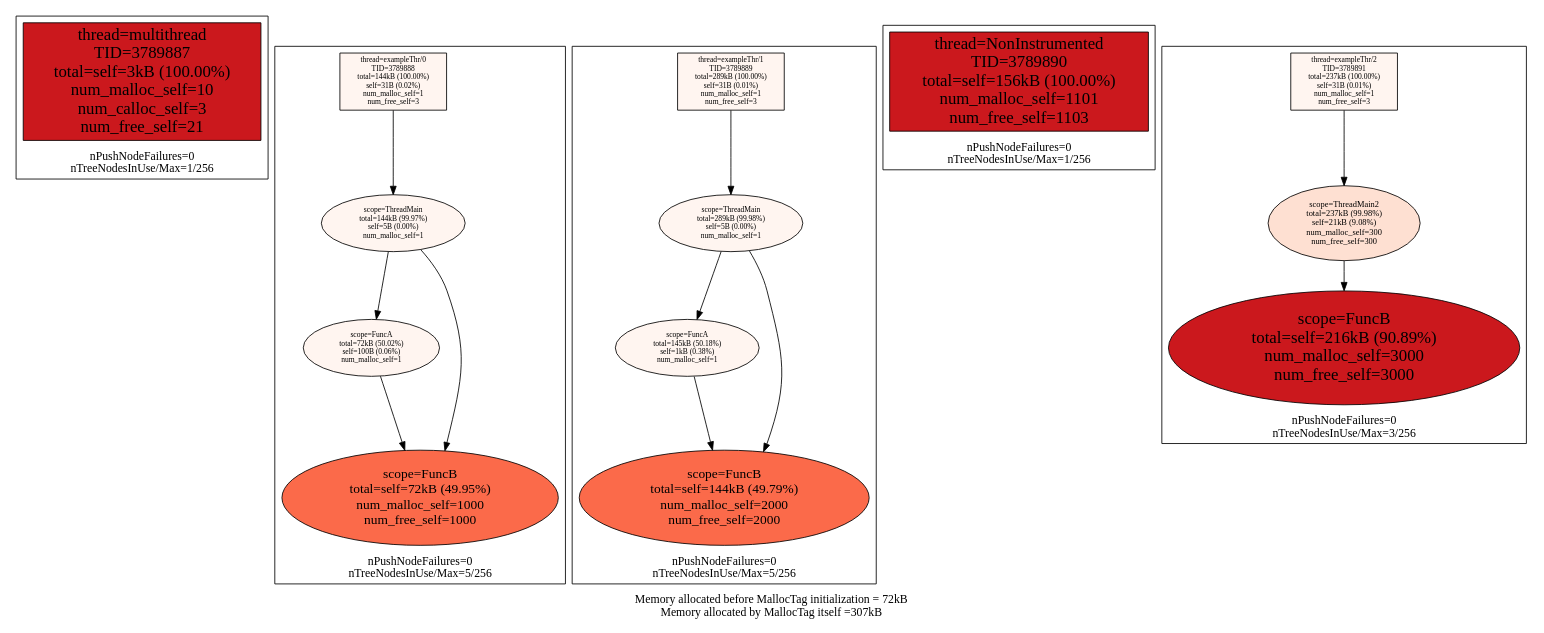
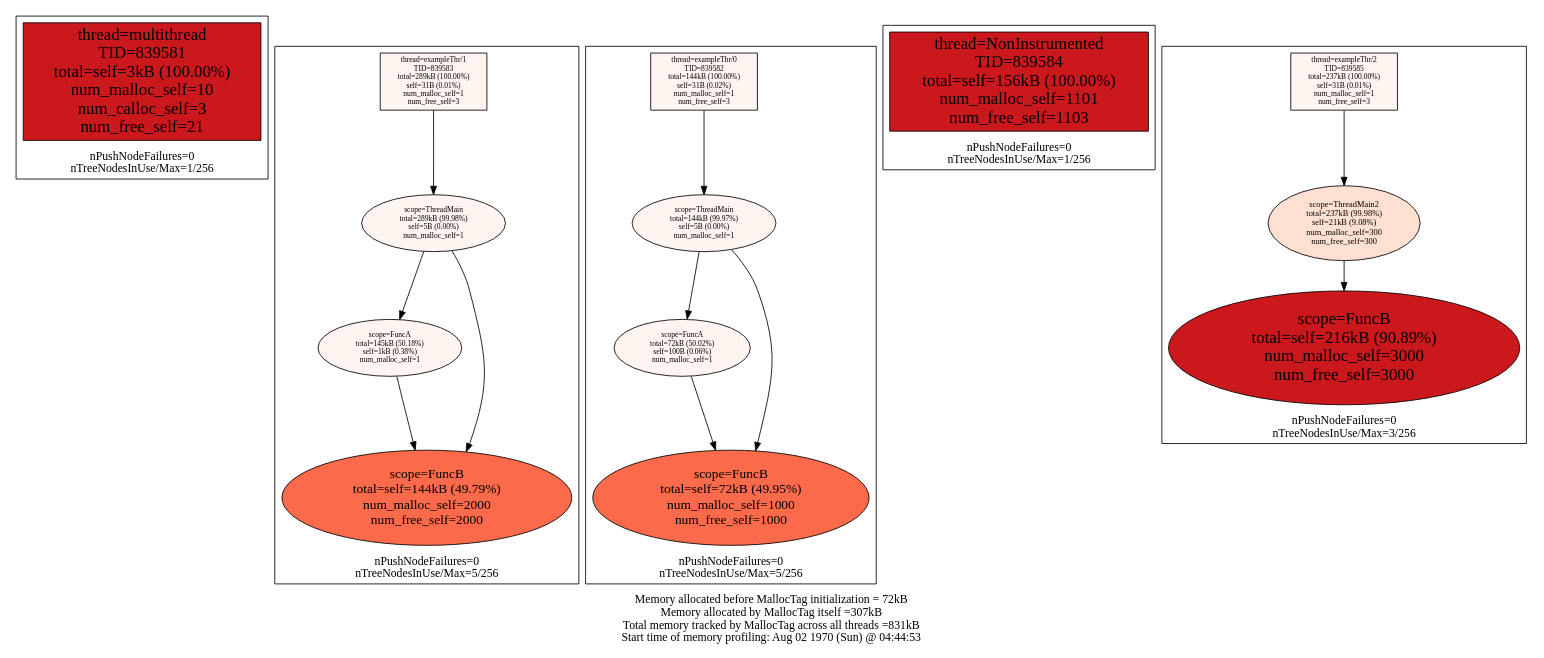
Before and after one commit to f18m/malloc-tag: the diagram in examples/multithread/multithread_stats.dot, drawn with Graphviz. The commit also changed 11 other files, not shown here.

Commit message:
Add profiling start timestamp

```diff
--- a/examples/multithread/multithread_stats.dot
+++ b/examples/multithread/multithread_stats.dot
@@ -1,60 +1,60 @@
 digraph MallocTree {
-node [colorscheme=reds9 style=filled]
-labelloc="b"
-label="Memory allocated before MallocTag initialization = 72kB\nMemory allocated by MallocTag itself =307kB\n"
-subgraph cluster_TID3789887 {
-node [colorscheme=reds9 style=filled]
-labelloc="b"
-label="nPushNodeFailures=0\nnTreeNodesInUse/Max=1/256\n"
-"3789887_multithread" [label="thread=multithread\nTID=3789887\ntotal=self=3kB (100.00%)\nnum_malloc_self=10\nnum_calloc_self=3\nnum_free_self=21" shape=box fillcolor=7 fontsize=20]
+ node [colorscheme=reds9 style=filled]
+ subgraph cluster_TID839581 {
+  node [colorscheme=reds9 style=filled]
+  labelloc="b"
+  label="nPushNodeFailures=0\nnTreeNodesInUse/Max=1/256\n"
+  "839581_multithread" [label="thread=multithread\nTID=839581\ntotal=self=3kB (100.00%)\nnum_malloc_self=10\nnum_calloc_self=3\nnum_free_self=21" shape=box fillcolor=7 fontsize=20]
+ }
+
+ subgraph cluster_TID839583 {
+  node [colorscheme=reds9 style=filled]
+  labelloc="b"
+  label="nPushNodeFailures=0\nnTreeNodesInUse/Max=5/256\n"
+  "839583_exampleThr/1" [label="thread=exampleThr/1\nTID=839583\ntotal=289kB (100.00%)\nself=31B (0.01%)\nnum_malloc_self=1\nnum_free_self=3" shape=box fillcolor=1 fontsize=9]
+  "839583_exampleThr/1" -> "839583_ThreadMain"
+  "839583_ThreadMain" [label="scope=ThreadMain\ntotal=289kB (99.98%)\nself=5B (0.00%)\nnum_malloc_self=1" fillcolor=1 fontsize=9]
+  "839583_ThreadMain" -> "839583_FuncA"
+  "839583_ThreadMain" -> "839583_FuncB"
+  "839583_FuncA" [label="scope=FuncA\ntotal=145kB (50.18%)\nself=1kB (0.38%)\nnum_malloc_self=1" fillcolor=1 fontsize=9]
+  "839583_FuncA" -> "839583_FuncB"
+  "839583_FuncB" [label="scope=FuncB\ntotal=self=144kB (49.79%)\nnum_malloc_self=2000\nnum_free_self=2000" fillcolor=5 fontsize=16]
+  "839583_FuncB" [label="scope=FuncB\ntotal=self=144kB (49.79%)\nnum_malloc_self=2000\nnum_free_self=2000" fillcolor=5 fontsize=16]
+ }
+
+ subgraph cluster_TID839582 {
+  node [colorscheme=reds9 style=filled]
+  labelloc="b"
+  label="nPushNodeFailures=0\nnTreeNodesInUse/Max=5/256\n"
+  "839582_exampleThr/0" [label="thread=exampleThr/0\nTID=839582\ntotal=144kB (100.00%)\nself=31B (0.02%)\nnum_malloc_self=1\nnum_free_self=3" shape=box fillcolor=1 fontsize=9]
+  "839582_exampleThr/0" -> "839582_ThreadMain"
+  "839582_ThreadMain" [label="scope=ThreadMain\ntotal=144kB (99.97%)\nself=5B (0.00%)\nnum_malloc_self=1" fillcolor=1 fontsize=9]
+  "839582_ThreadMain" -> "839582_FuncA"
+  "839582_ThreadMain" -> "839582_FuncB"
+  "839582_FuncA" [label="scope=FuncA\ntotal=72kB (50.02%)\nself=100B (0.06%)\nnum_malloc_self=1" fillcolor=1 fontsize=9]
+  "839582_FuncA" -> "839582_FuncB"
+  "839582_FuncB" [label="scope=FuncB\ntotal=self=72kB (49.95%)\nnum_malloc_self=1000\nnum_free_self=1000" fillcolor=5 fontsize=16]
+  "839582_FuncB" [label="scope=FuncB\ntotal=self=72kB (49.95%)\nnum_malloc_self=1000\nnum_free_self=1000" fillcolor=5 fontsize=16]
+ }
+
+ subgraph cluster_TID839584 {
+  node [colorscheme=reds9 style=filled]
+  labelloc="b"
+  label="nPushNodeFailures=0\nnTreeNodesInUse/Max=1/256\n"
+  "839584_NonInstrumented" [label="thread=NonInstrumented\nTID=839584\ntotal=self=156kB (100.00%)\nnum_malloc_self=1101\nnum_free_self=1103" shape=box fillcolor=7 fontsize=20]
+ }
+
+ subgraph cluster_TID839585 {
+  node [colorscheme=reds9 style=filled]
+  labelloc="b"
+  label="nPushNodeFailures=0\nnTreeNodesInUse/Max=3/256\n"
+  "839585_exampleThr/2" [label="thread=exampleThr/2\nTID=839585\ntotal=237kB (100.00%)\nself=31B (0.01%)\nnum_malloc_self=1\nnum_free_self=3" shape=box fillcolor=1 fontsize=9]
+  "839585_exampleThr/2" -> "839585_ThreadMain2"
+  "839585_ThreadMain2" [label="scope=ThreadMain2\ntotal=237kB (99.98%)\nself=21kB (9.08%)\nnum_malloc_self=300\nnum_free_self=300" fillcolor=2 fontsize=10]
+  "839585_ThreadMain2" -> "839585_FuncB"
+  "839585_FuncB" [label="scope=FuncB\ntotal=self=216kB (90.89%)\nnum_malloc_self=3000\nnum_free_self=3000" fillcolor=7 fontsize=20]
+ }
+
+ labelloc="b"
+ label="Memory allocated before MallocTag initialization = 72kB\nMemory allocated by MallocTag itself =307kB\nTotal memory tracked by MallocTag across all threads =831kB\nStart time of memory profiling: Aug 02 1970 (Sun) @ 04:44:53\n"
 }
-
-subgraph cluster_TID3789888 {
-node [colorscheme=reds9 style=filled]
-labelloc="b"
-label="nPushNodeFailures=0\nnTreeNodesInUse/Max=5/256\n"
-"3789888_exampleThr/0" [label="thread=exampleThr/0\nTID=3789888\ntotal=144kB (100.00%)\nself=31B (0.02%)\nnum_malloc_self=1\nnum_free_self=3" shape=box fillcolor=1 fontsize=9]
-"3789888_exampleThr/0" -> "3789888_ThreadMain"
-"3789888_ThreadMain" [label="scope=ThreadMain\ntotal=144kB (99.97%)\nself=5B (0.00%)\nnum_malloc_self=1" fillcolor=1 fontsize=9]
-"3789888_ThreadMain" -> "3789888_FuncA"
-"3789888_ThreadMain" -> "3789888_FuncB"
-"3789888_FuncA" [label="scope=FuncA\ntotal=72kB (50.02%)\nself=100B (0.06%)\nnum_malloc_self=1" fillcolor=1 fontsize=9]
-"3789888_FuncA" -> "3789888_FuncB"
-"3789888_FuncB" [label="scope=FuncB\ntotal=self=72kB (49.95%)\nnum_malloc_self=1000\nnum_free_self=1000" fillcolor=5 fontsize=16]
-"3789888_FuncB" [label="scope=FuncB\ntotal=self=72kB (49.95%)\nnum_malloc_self=1000\nnum_free_self=1000" fillcolor=5 fontsize=16]
-}
-
-subgraph cluster_TID3789889 {
-node [colorscheme=reds9 style=filled]
-labelloc="b"
-label="nPushNodeFailures=0\nnTreeNodesInUse/Max=5/256\n"
-"3789889_exampleThr/1" [label="thread=exampleThr/1\nTID=3789889\ntotal=289kB (100.00%)\nself=31B (0.01%)\nnum_malloc_self=1\nnum_free_self=3" shape=box fillcolor=1 fontsize=9]
-"3789889_exampleThr/1" -> "3789889_ThreadMain"
-"3789889_ThreadMain" [label="scope=ThreadMain\ntotal=289kB (99.98%)\nself=5B (0.00%)\nnum_malloc_self=1" fillcolor=1 fontsize=9]
-"3789889_ThreadMain" -> "3789889_FuncA"
-"3789889_ThreadMain" -> "3789889_FuncB"
-"3789889_FuncA" [label="scope=FuncA\ntotal=145kB (50.18%)\nself=1kB (0.38%)\nnum_malloc_self=1" fillcolor=1 fontsize=9]
-"3789889_FuncA" -> "3789889_FuncB"
-"3789889_FuncB" [label="scope=FuncB\ntotal=self=144kB (49.79%)\nnum_malloc_self=2000\nnum_free_self=2000" fillcolor=5 fontsize=16]
-"3789889_FuncB" [label="scope=FuncB\ntotal=self=144kB (49.79%)\nnum_malloc_self=2000\nnum_free_self=2000" fillcolor=5 fontsize=16]
-}
-
-subgraph cluster_TID3789890 {
-node [colorscheme=reds9 style=filled]
-labelloc="b"
-label="nPushNodeFailures=0\nnTreeNodesInUse/Max=1/256\n"
-"3789890_NonInstrumented" [label="thread=NonInstrumented\nTID=3789890\ntotal=self=156kB (100.00%)\nnum_malloc_self=1101\nnum_free_self=1103" shape=box fillcolor=7 fontsize=20]
-}
-
-subgraph cluster_TID3789891 {
-node [colorscheme=reds9 style=filled]
-labelloc="b"
-label="nPushNodeFailures=0\nnTreeNodesInUse/Max=3/256\n"
-"3789891_exampleThr/2" [label="thread=exampleThr/2\nTID=3789891\ntotal=237kB (100.00%)\nself=31B (0.01%)\nnum_malloc_self=1\nnum_free_self=3" shape=box fillcolor=1 fontsize=9]
-"3789891_exampleThr/2" -> "3789891_ThreadMain2"
-"3789891_ThreadMain2" [label="scope=ThreadMain2\ntotal=237kB (99.98%)\nself=21kB (9.08%)\nnum_malloc_self=300\nnum_free_self=300" fillcolor=2 fontsize=10]
-"3789891_ThreadMain2" -> "3789891_FuncB"
-"3789891_FuncB" [label="scope=FuncB\ntotal=self=216kB (90.89%)\nnum_malloc_self=3000\nnum_free_self=3000" fillcolor=7 fontsize=20]
-}
-
-}
```
